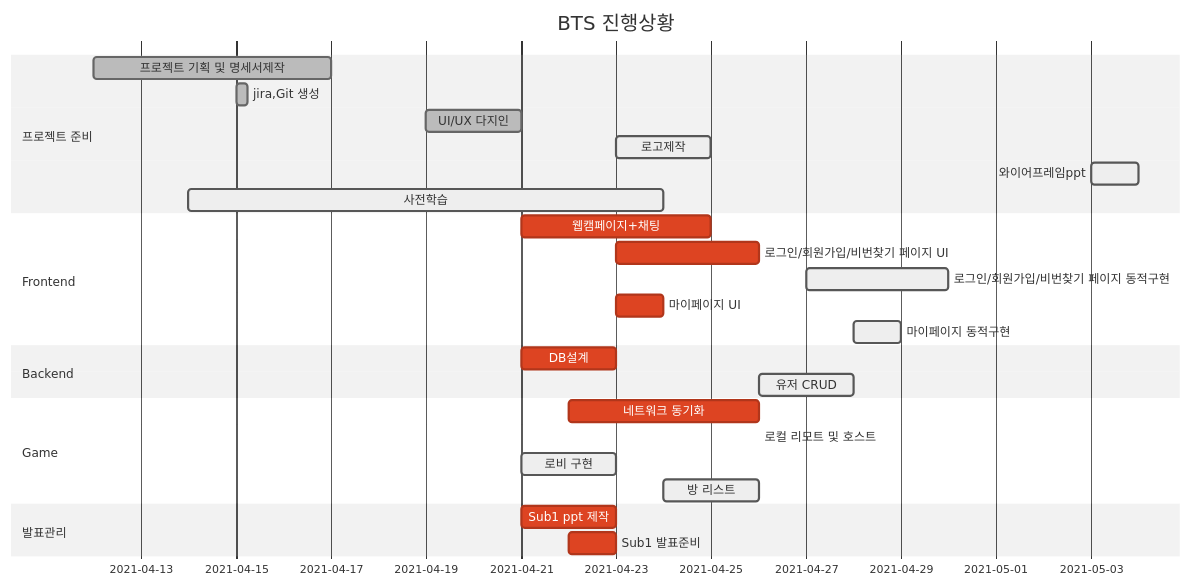
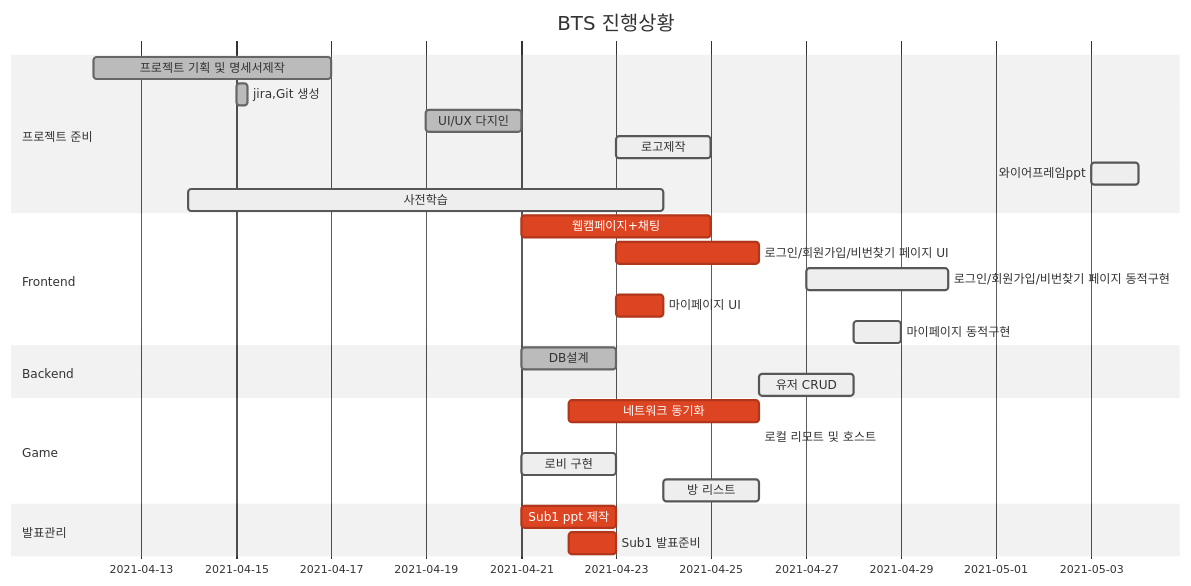
One commit to Luminousjiny/PJT_BTS changed the diagram in README.md. Above: the diagram before and after it, drawn with Mermaid (neutral theme).

Commit message:
[doxs]간트차트 수정

````diff
--- a/README.md
+++ b/README.md
@@ -48,33 +48,33 @@
 ```mermaid
 gantt
     title BTS 진행상황
     dateFormat  YYYY-MM-DD
     section 프로젝트 준비
     프로젝트 기획 및 명세서제작 : done, 2021-04-12, 5d
     jira,Git 생성  :done, 2021-04-15, 6h
     UI/UX 다지인  : done,   2021-04-19, 2d
     로고제작 : active, 2021-04-23, 2d
     와이어프레임ppt : active, 2021-05-03, 1d
     사전학습  : active, 2021-04-14, 10d
 
     section Frontend
     웹캠페이지+채팅 : crit, 2021-04-21, 4d
     로그인/회원가입/비번찾기 페이지 UI : crit, 2021-04-23, 3d
     로그인/회원가입/비번찾기 페이지 동적구현 : active, 2021-04-27, 3d
     마이페이지 UI : crit, 2021-04-23, 1d
     마이페이지 동적구현 : active, 2021-04-28, 1d
     
     section Backend
-    DB설계 : crit, 2021-04-21, 2d
+    DB설계 : done, 2021-04-21, 2d
     유저 CRUD : active, 2021-04-26, 2d
     
     section Game
 	네트워크 동기화 : crit, 2021-04-22, 4d
 	로컬 리모트 및 호스트 : active, 2021-04-23 1d
 	로비 구현 : active, 2021-04-21, 2d
     방 리스트 : active, 2021-04-24, 2d
     
     section 발표관리
     Sub1 ppt 제작 : crit, 2021-04-21, 2d
     Sub1 발표준비 : crit, 2021-04-22, 1d
 ```
````
